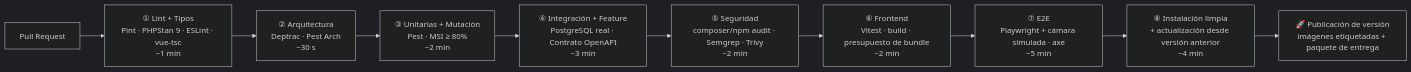
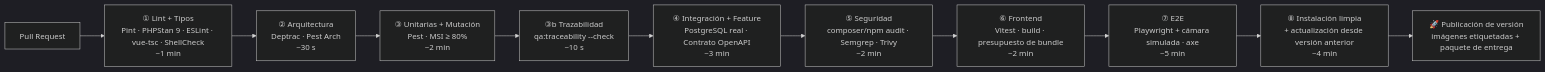
The sixth of 6 diagrams in docs/02-stack-tecnologico-y-plan-implementacion.md (BorjaPeonSaiz/KronoQR), drawn with Mermaid (dark theme) before and after one commit. The commit also changed other lines of this file and 19 other files, not shown here.

````diff
--- a/docs/02-stack-tecnologico-y-plan-implementacion.md
+++ b/docs/02-stack-tecnologico-y-plan-implementacion.md
@@ -735,12 +882,13 @@
 ```mermaid
 graph LR
-    PR["Pull Request"] --> L["① Lint + Tipos<br/>Pint · PHPStan 9 · ESLint · vue-tsc<br/>~1 min"]
+    PR["Pull Request"] --> L["① Lint + Tipos<br/>Pint · PHPStan 9 · ESLint · vue-tsc · ShellCheck<br/>~1 min"]
     L --> A["② Arquitectura<br/>Deptrac · Pest Arch<br/>~30 s"]
     A --> U["③ Unitarias + Mutación<br/>Pest · MSI ≥ 80%<br/>~2 min"]
-    U --> I["④ Integración + Feature<br/>PostgreSQL real · Contrato OpenAPI<br/>~3 min"]
+    U --> T["③b Trazabilidad<br/>qa:traceability --check<br/>~10 s"]
+    T --> I["④ Integración + Feature<br/>PostgreSQL real · Contrato OpenAPI<br/>~3 min"]
     I --> S["⑤ Seguridad<br/>composer/npm audit · Semgrep · Trivy<br/>~2 min"]
     S --> F["⑥ Frontend<br/>Vitest · build · presupuesto de bundle<br/>~2 min"]
     F --> E["⑦ E2E<br/>Playwright + cámara simulada · axe<br/>~5 min"]
     E --> INST["⑧ Instalación limpia<br/>+ actualización desde versión anterior<br/>~4 min"]
     INST --> REL["🚀 Publicación de versión<br/>imágenes etiquetadas + paquete de entrega"]
 ```
````
